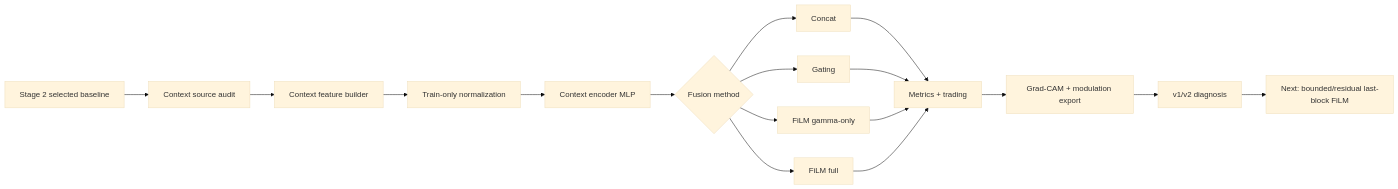
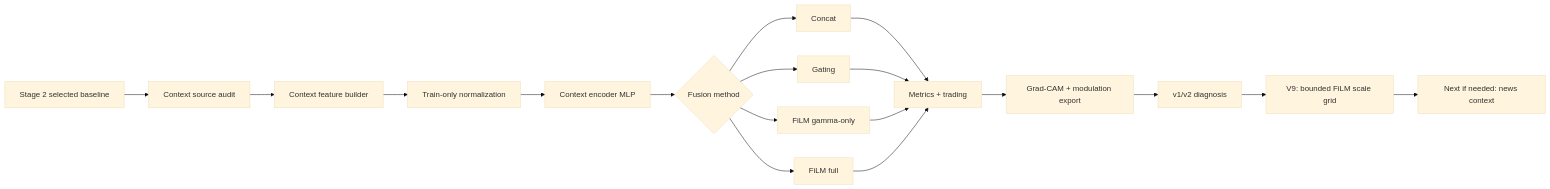
The diagram in stage4_film_conditioning/README.md (Jaehyeon-Jeong/Thesis), drawn with Mermaid (base theme) before and after one commit. The commit also changed other lines of this file and 50 other files, not shown here.

Commit message:
Update Stage 4 diagnostics and news context plan

````diff
--- a/stage4_film_conditioning/README.md
+++ b/stage4_film_conditioning/README.md
@@ -15,19 +15,20 @@
 ```mermaid
 flowchart LR
     A[Stage 2 selected baseline] --> B[Context source audit]
     B --> C[Context feature builder]
     C --> D[Train-only normalization]
     D --> E[Context encoder MLP]
     E --> F{Fusion method}
     F --> F1[Concat]
     F --> F2[Gating]
     F --> F3[FiLM gamma-only]
     F --> F4[FiLM full]
     F1 --> G[Metrics + trading]
     F2 --> G
     F3 --> G
     F4 --> G
     G --> H[Grad-CAM + modulation export]
     H --> I[v1/v2 diagnosis]
-    I --> J[Next: bounded/residual last-block FiLM]
+    I --> J[V9: bounded FiLM scale grid]
+    J --> K[Next if needed: news context]
 ```
````
